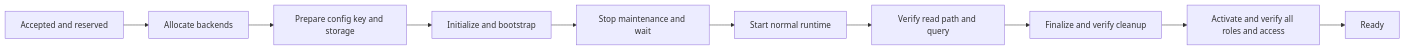
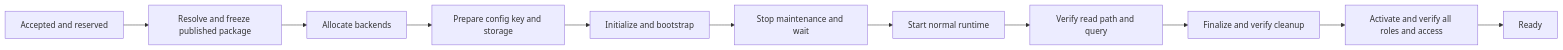
The diagram in docs/design/server/console/03.instance_lifecycle.md (codetreker/syntrix), drawn with Mermaid before and after one commit. The commit also changed other lines of this file and 9 other files, not shown here.

````diff
--- a/docs/design/server/console/03.instance_lifecycle.md
+++ b/docs/design/server/console/03.instance_lifecycle.md
@@ -260,12 +329,13 @@
 ```mermaid
 flowchart LR
-    Accepted[Accepted and reserved] --> Allocate[Allocate backends]
+    Accepted[Accepted and reserved] --> Resolve[Resolve and freeze published package]
+    Resolve --> Allocate[Allocate backends]
     Allocate --> Prepare[Prepare config key and storage]
     Prepare --> Bootstrap[Initialize and bootstrap]
     Bootstrap --> Handoff[Stop maintenance and wait]
     Handoff --> Runtime[Start normal runtime]
     Runtime --> Verify[Verify read path and query]
     Verify --> Finalize[Finalize and verify cleanup]
     Finalize --> Activate[Activate and verify all roles and access]
     Activate --> Ready[Ready]
 ```
````
